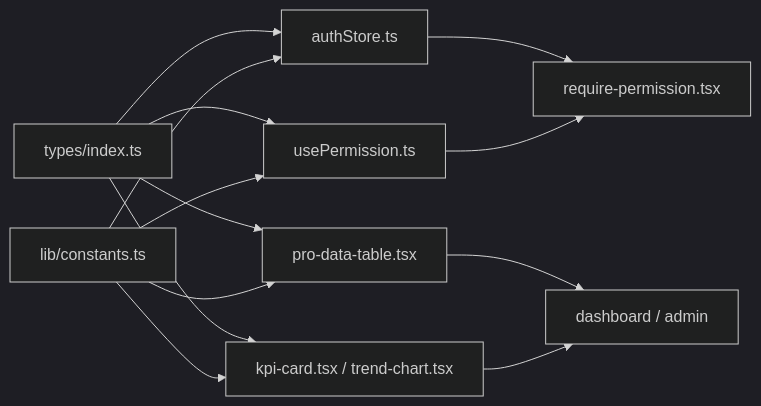
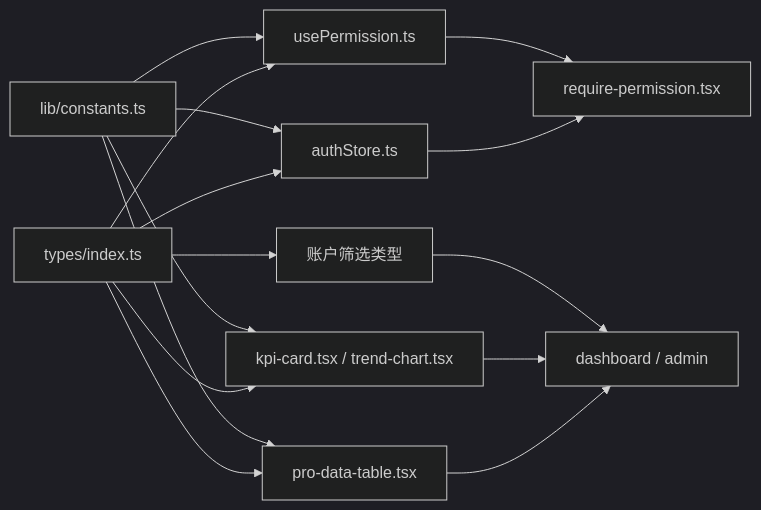
The eighth of 8 diagrams in .qoder/repowiki/zh/content/核心模块/类型定义系统.md (Damao997/newproject), drawn with Mermaid (dark theme) before and after one commit. The commit also changed other lines of this file and 7 other files, not shown here.

````diff
--- a/.qoder/repowiki/zh/content/核心模块/类型定义系统.md
+++ b/.qoder/repowiki/zh/content/核心模块/类型定义系统.md
@@ -312,15 +367,17 @@
 ```mermaid
 graph LR
 Types["types/index.ts"] --> Auth["authStore.ts"]
 Types --> Perm["usePermission.ts"]
 Types --> Table["pro-data-table.tsx"]
 Types --> Charts["kpi-card.tsx / trend-chart.tsx"]
+Types --> AccountFilter["账户筛选类型"]
 Consts["lib/constants.ts"] --> Auth
 Consts --> Perm
 Consts --> Table
 Consts --> Charts
 Auth --> Guard["require-permission.tsx"]
 Perm --> Guard
 Table --> Pages["dashboard / admin"]
 Charts --> Pages
+AccountFilter --> Pages
 ```
````
